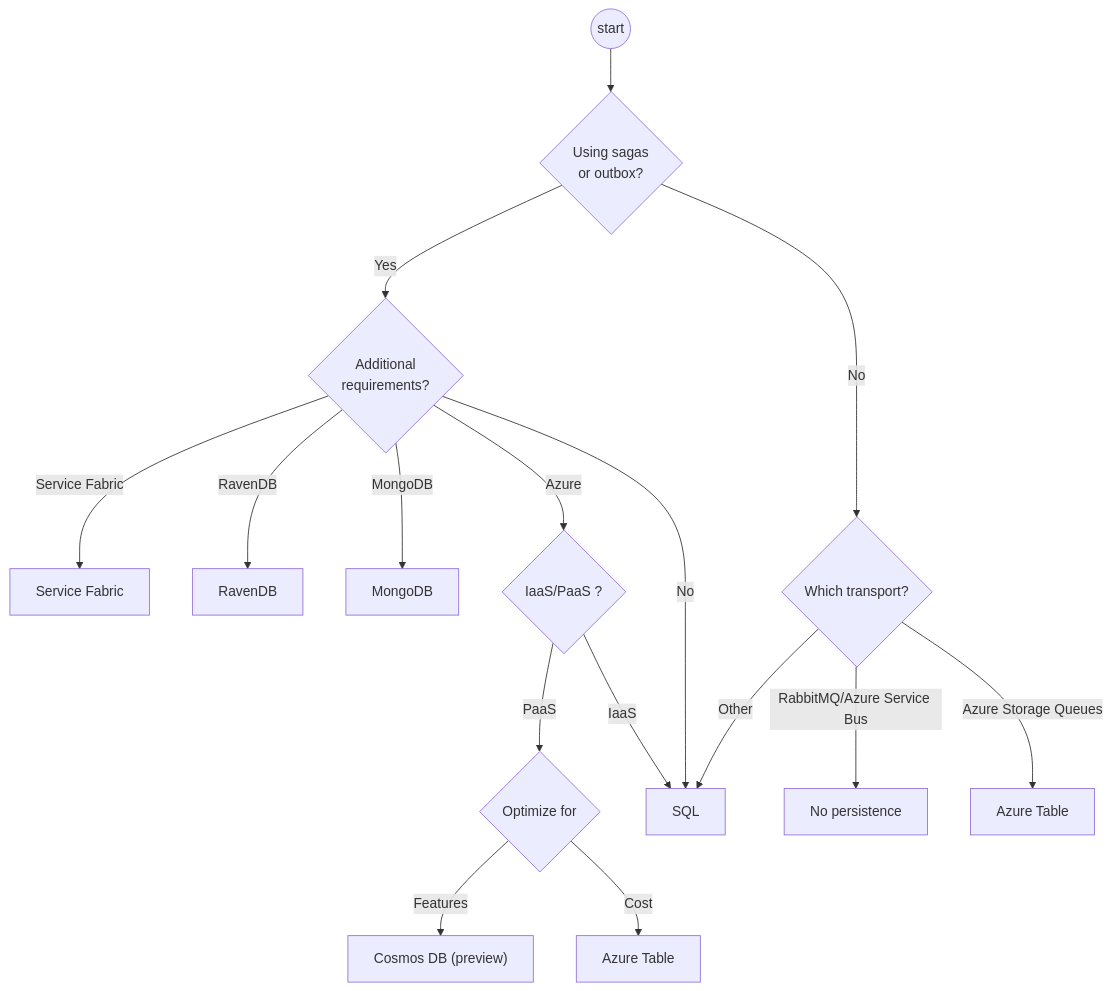
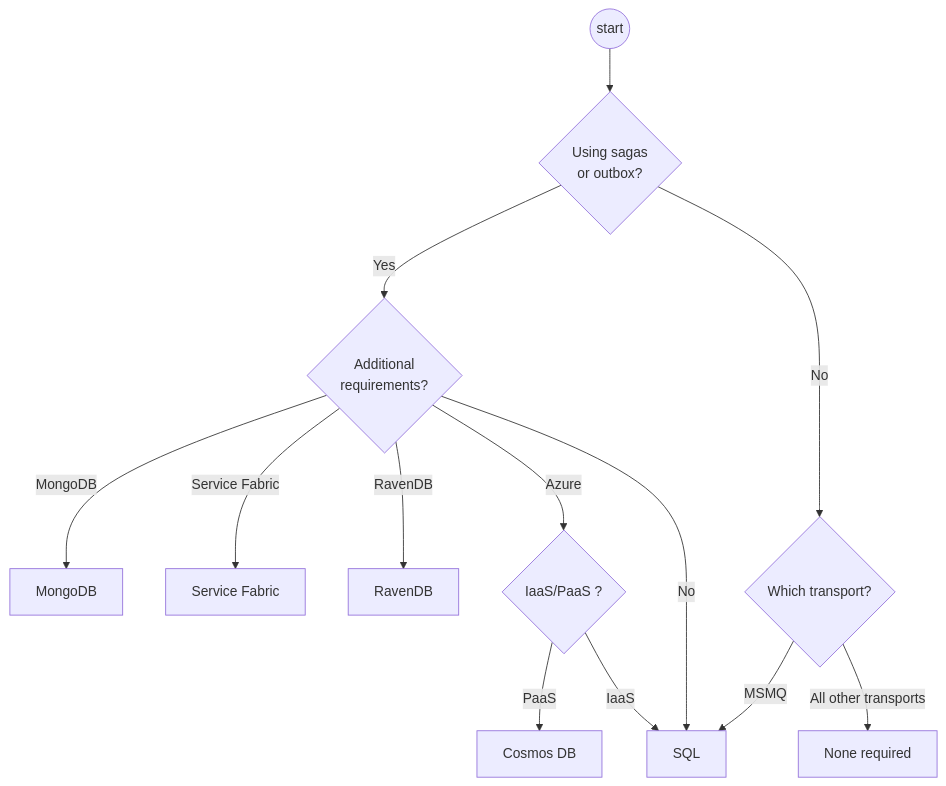
The diagram in persistence/selecting.md (Particular/docs.particular.net), drawn with Mermaid before and after one commit. The commit also changed other lines of this file, not shown here.

Commit message:
Updates to selecting a persistence

````diff
--- a/persistence/selecting.md
+++ b/persistence/selecting.md
@@ -27,18 +27,15 @@
 ```mermaid
 graph TD
 start((start)) --> A{Using sagas<br /> or outbox?}
 A --> |Yes|B{Additional<br />requirements?}
 A --> |No| I{Which transport?}
-I --> |Other|L[SQL]
-I --> |RabbitMQ/Azure Service Bus|J[No persistence]
-I --> |Azure Storage Queues|K[Azure Table]
+I --> |MSMQ|L[SQL]
+I --> |All other transports|J[None required]
+B --> |MongoDB|M[MongoDB]
 B --> |Service Fabric|C[Service Fabric]
 B --> |RavenDB|E[RavenDB]
-B --> |MongoDB|M[MongoDB]
 B --> |Azure|Q{IaaS/PaaS ?}
 B --> |No|L
-Q --> |PaaS|G{Optimize for}
+Q --> |PaaS|G[Cosmos DB]
 Q --> |IaaS|L
-G --> |Features|N["Cosmos DB (preview)"]
-G --> |Cost|S[Azure Table]
 ```
````
